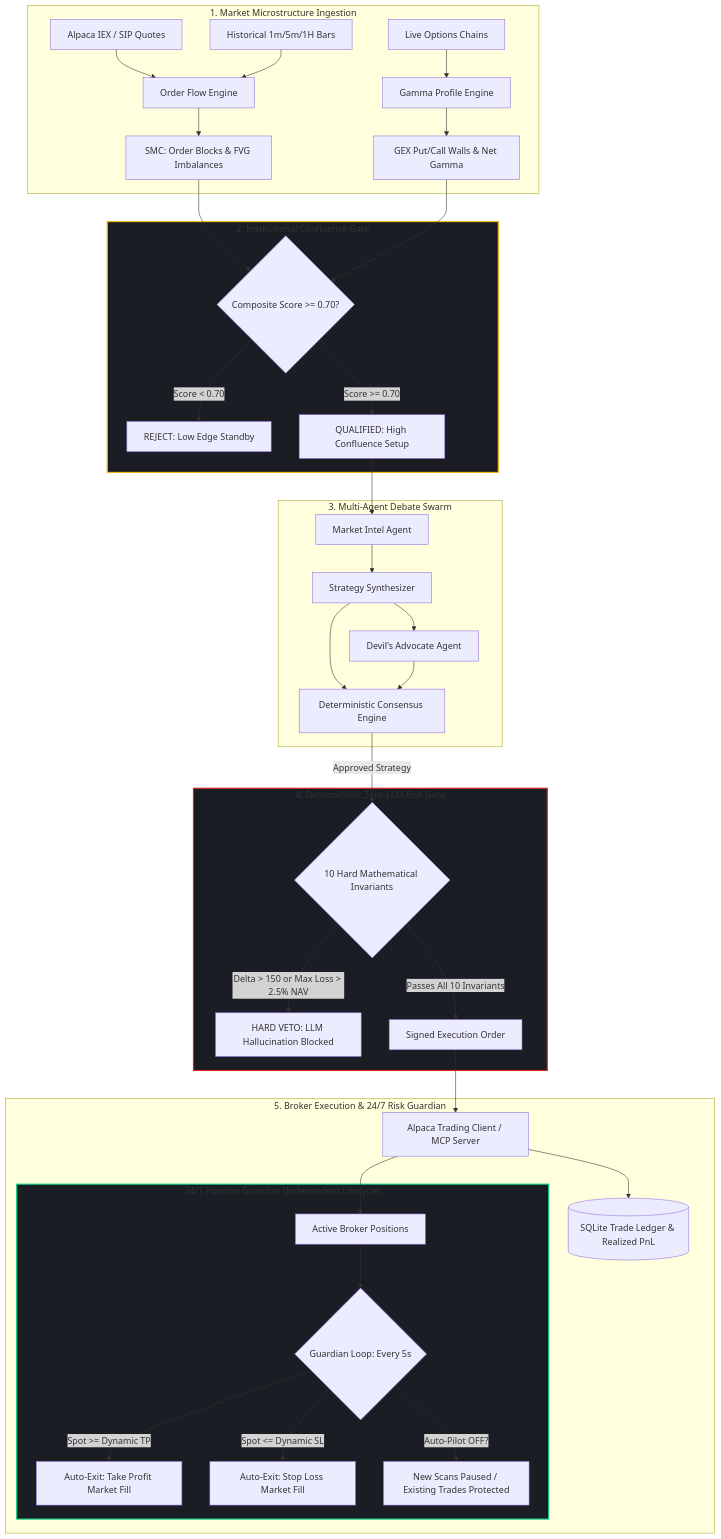
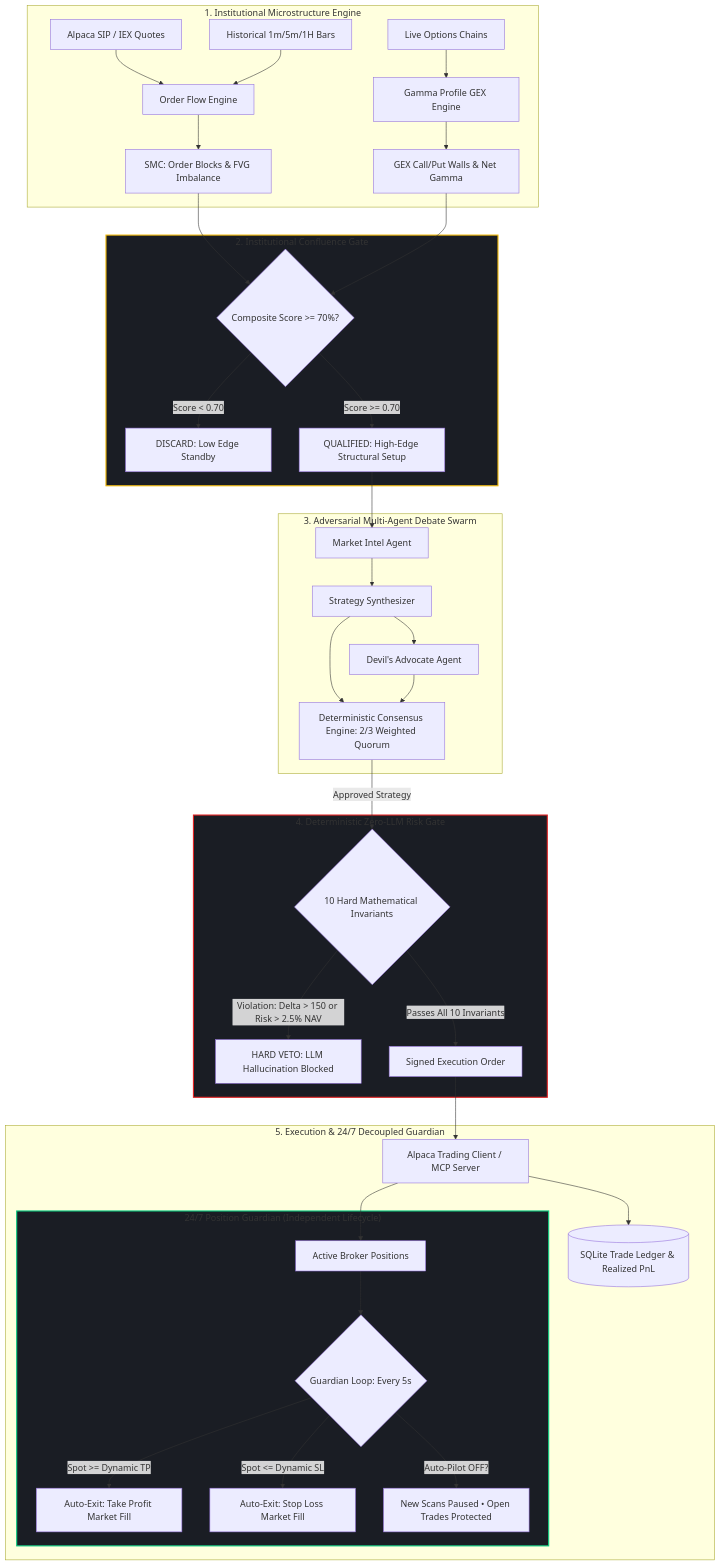
The first of 2 diagrams in INNOVATION.md (d1vyom/VolHelix-AI), drawn with Mermaid before and after one commit. The commit also changed other lines of this file and 1 other file, not shown here.

Commit message:
docs: streamline INNOVATION.md for judges and update README.md with full order lifecycle and performance benchmarks

````diff
--- a/INNOVATION.md
+++ b/INNOVATION.md
@@ -38,46 +24,46 @@
 ```mermaid
 flowchart TB
-    subgraph MarketIngestion ["1. Market Microstructure Ingestion"]
-        A1[Alpaca IEX / SIP Quotes] --> B1[Order Flow Engine]
+    subgraph Ingestion ["1. Institutional Microstructure Engine"]
+        A1[Alpaca SIP / IEX Quotes] --> B1[Order Flow Engine]
         A2[Historical 1m/5m/1H Bars] --> B1
-        A3[Live Options Chains] --> B2[Gamma Profile Engine]
-        B1 --> B3[SMC: Order Blocks & FVG Imbalances]
-        B2 --> B4[GEX Put/Call Walls & Net Gamma]
+        A3[Live Options Chains] --> B2[Gamma Profile GEX Engine]
+        B1 --> B3[SMC: Order Blocks & FVG Imbalance]
+        B2 --> B4[GEX Call/Put Walls & Net Gamma]
     end
 
     subgraph Confluence ["2. Institutional Confluence Gate"]
-        B3 & B4 --> C1{Composite Score >= 0.70?}
-        C1 -->|Score < 0.70| C2[REJECT: Low Edge Standby]
-        C1 -->|Score >= 0.70| C3[QUALIFIED: High Confluence Setup]
+        B3 & B4 --> C1{Composite Score >= 70%?}
+        C1 -->|Score < 0.70| C2[DISCARD: Low Edge Standby]
+        C1 -->|Score >= 0.70| C3[QUALIFIED: High-Edge Structural Setup]
     end
 
-    subgraph Swarm ["3. Multi-Agent Debate Swarm"]
+    subgraph Swarm ["3. Adversarial Multi-Agent Debate Swarm"]
         C3 --> D1[Market Intel Agent]
         D1 --> D2[Strategy Synthesizer]
         D2 --> D3[Devil's Advocate Agent]
-        D2 & D3 --> D4[Deterministic Consensus Engine]
+        D2 & D3 --> D4[Deterministic Consensus Engine: 2/3 Weighted Quorum]
     end
 
     subgraph RiskGate ["4. Deterministic Zero-LLM Risk Gate"]
         D4 -->|Approved Strategy| E1{10 Hard Mathematical Invariants}
-        E1 -->|Delta > 150 or Max Loss > 2.5% NAV| E2[HARD VETO: LLM Hallucination Blocked]
+        E1 -->|Violation: Delta > 150 or Risk > 2.5% NAV| E2[HARD VETO: LLM Hallucination Blocked]
         E1 -->|Passes All 10 Invariants| E3[Signed Execution Order]
     end
 
-    subgraph Execution ["5. Broker Execution & 24/7 Risk Guardian"]
+    subgraph Execution ["5. Execution & 24/7 Decoupled Guardian"]
         E3 --> F1[Alpaca Trading Client / MCP Server]
         F1 --> F2[(SQLite Trade Ledger & Realized PnL)]
         F1 --> G1[Active Broker Positions]
         
         subgraph Guardian ["24/7 Position Guardian (Independent Lifecycle)"]
             G1 --> H1{Guardian Loop: Every 5s}
             H1 -->|Spot >= Dynamic TP| H2[Auto-Exit: Take Profit Market Fill]
             H1 -->|Spot <= Dynamic SL| H3[Auto-Exit: Stop Loss Market Fill]
-            H1 -->|Auto-Pilot OFF?| H4[New Scans Paused / Existing Trades Protected]
+            H1 -->|Auto-Pilot OFF?| H4[New Scans Paused • Open Trades Protected]
         end
     end
 
     style RiskGate fill:#1a1d24,stroke:#e02424,stroke-width:2px;
     style Guardian fill:#1a1d24,stroke:#0ecb81,stroke-width:2px;
     style Confluence fill:#1a1d24,stroke:#f0b90b,stroke-width:2px;
 ```
````
